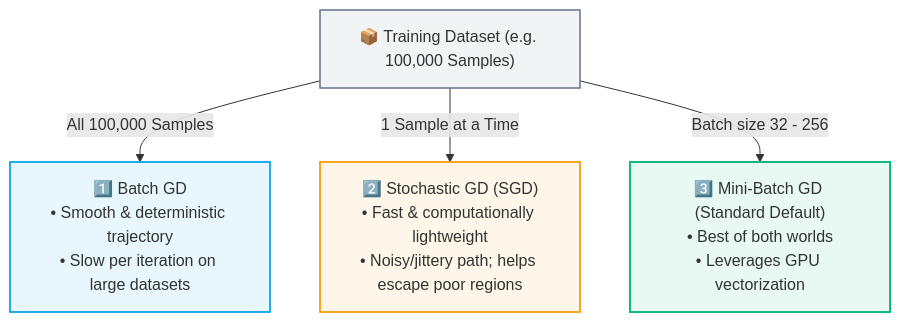
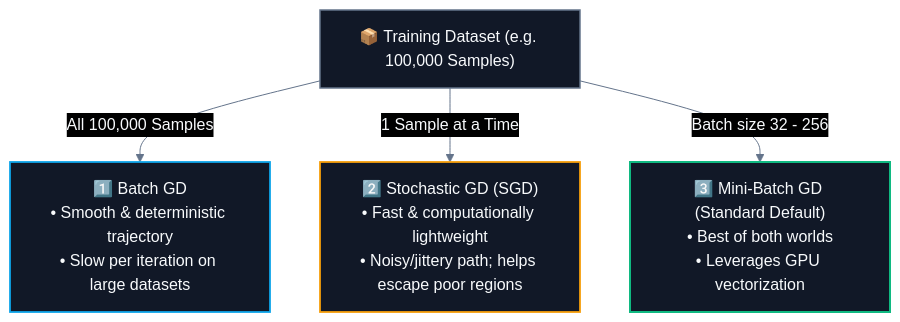
Before and after one commit to abhinavbharti2345/CS_Notes: the third of 3 diagrams in CS/AI & ML/01. Classical ML/08. Gradient Descent and Cost Functions.md, drawn with Mermaid. The commit also changed other lines of this file and 195 other files, not shown here.

````diff
--- a/CS/AI & ML/01. Classical ML/08. Gradient Descent and Cost Functions.md
+++ b/CS/AI & ML/01. Classical ML/08. Gradient Descent and Cost Functions.md
@@ -171,18 +173,19 @@
 ```mermaid
+%%{init: {'theme': 'base', 'themeVariables': { 'darkMode': true, 'background': '#0B0F14', 'mainBkg': '#111827', 'primaryColor': '#111827', 'primaryTextColor': '#F8FAFC', 'primaryBorderColor': '#38BDF8', 'lineColor': '#64748B', 'secondaryColor': '#0B0F14', 'tertiaryColor': '#0B0F14', 'clusterBkg': '#0B0F14', 'clusterBorder': '#38BDF8' }}}%%
 flowchart TD
     Data["📦 Training Dataset (e.g. 100,000 Samples)"]
     
     Data -->|"All 100,000 Samples"| BGD["1️⃣ Batch GD<br/>• Smooth & deterministic trajectory<br/>• Slow per iteration on large datasets"]
     Data -->|"1 Sample at a Time"| SGD["2️⃣ Stochastic GD (SGD)<br/>• Fast & computationally lightweight<br/>• Noisy/jittery path; helps escape poor regions"]
     Data -->|"Batch size 32 - 256"| MBGD["3️⃣ Mini-Batch GD (Standard Default)<br/>• Best of both worlds<br/>• Leverages GPU vectorization"]
 
-    classDef raw fill:#64748b15,stroke:#64748b,stroke-width:1.5px;
-    classDef bgd fill:#0ea5e918,stroke:#0ea5e9,stroke-width:1.8px;
-    classDef sgd fill:#f59e0b18,stroke:#f59e0b,stroke-width:1.8px;
-    classDef mbgd fill:#10b98118,stroke:#10b981,stroke-width:2px;
+    classDef raw fill:#111827,stroke:#64748b,stroke-width:1.5px,color:#F8FAFC;
+    classDef bgd fill:#111827,stroke:#0ea5e9,stroke-width:1.8px,color:#F8FAFC;
+    classDef sgd fill:#111827,stroke:#f59e0b,stroke-width:1.8px,color:#F8FAFC;
+    classDef mbgd fill:#111827,stroke:#10b981,stroke-width:2px,color:#F8FAFC;
 
     class Data raw;
     class BGD bgd;
     class SGD sgd;
     class MBGD mbgd;
 ```
````
